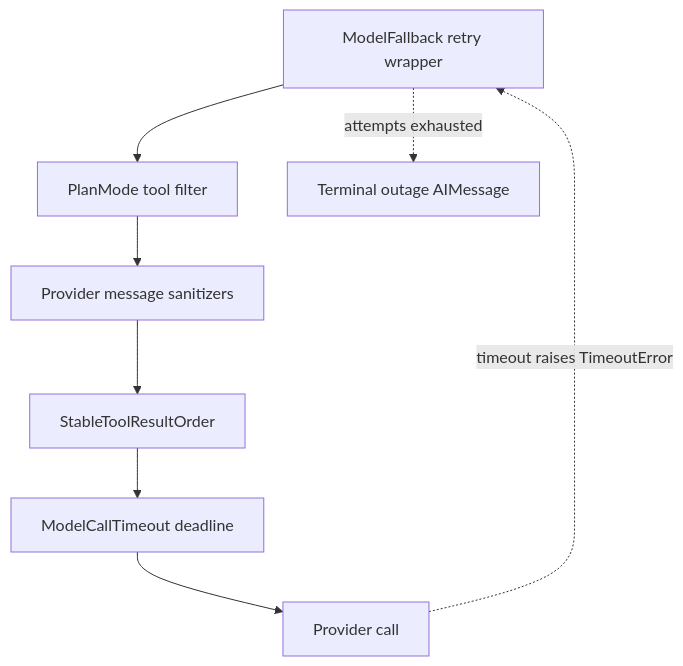
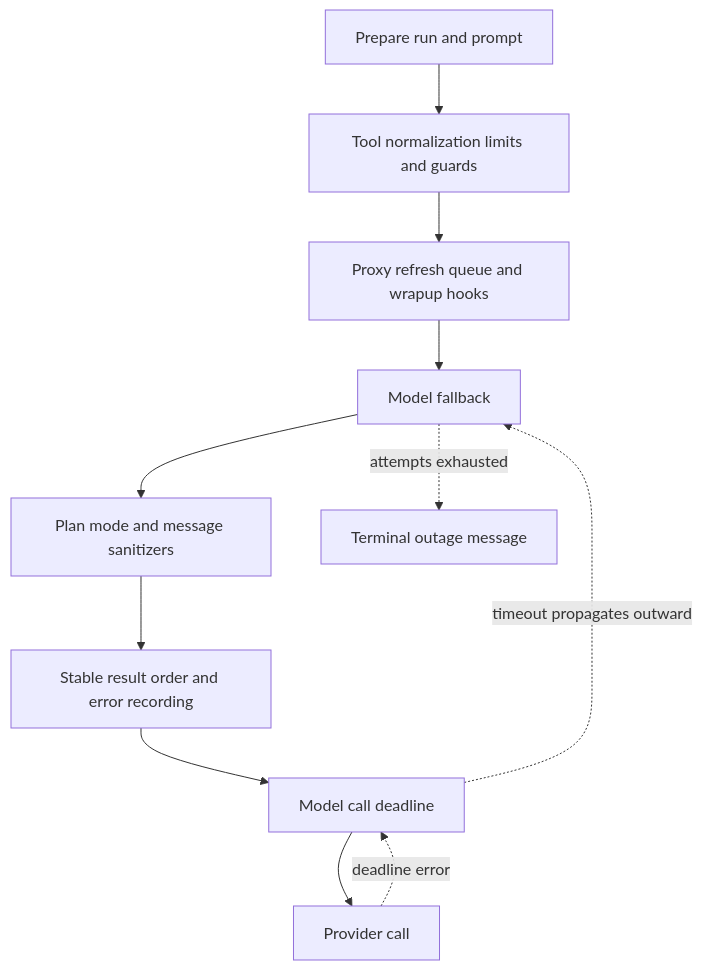
Before and after one commit to langchain-ai/open-swe: the diagram in openwiki/architecture/middleware-stack.md, drawn with Mermaid. The commit also changed other lines of this file and 52 other files, not shown here.

````diff
--- a/openwiki/architecture/middleware-stack.md
+++ b/openwiki/architecture/middleware-stack.md
@@ -94,10 +95,13 @@
 ```mermaid
 flowchart TD
-  Fallback["ModelFallback retry wrapper"] --> Plan["PlanMode tool filter"]
-  Plan --> Sanitize["Provider message sanitizers"]
-  Sanitize --> Stable["StableToolResultOrder"]
-  Stable --> Deadline["ModelCallTimeout deadline"]
+  Prep["Prepare run and prompt"] --> Guards["Tool normalization limits and guards"]
+  Guards --> Before["Proxy refresh queue and wrapup hooks"]
+  Before --> Fallback["Model fallback"]
+  Fallback --> Plan["Plan mode and message sanitizers"]
+  Plan --> Order["Stable result order and error recording"]
+  Order --> Deadline["Model call deadline"]
   Deadline --> Provider["Provider call"]
-  Provider -. "timeout raises TimeoutError" .-> Fallback
-  Fallback -. "attempts exhausted" .-> Outage["Terminal outage AIMessage"]
+  Provider -. "deadline error" .-> Deadline
+  Deadline -. "timeout propagates outward" .-> Fallback
+  Fallback -. "attempts exhausted" .-> Outage["Terminal outage message"]
 ```
````
